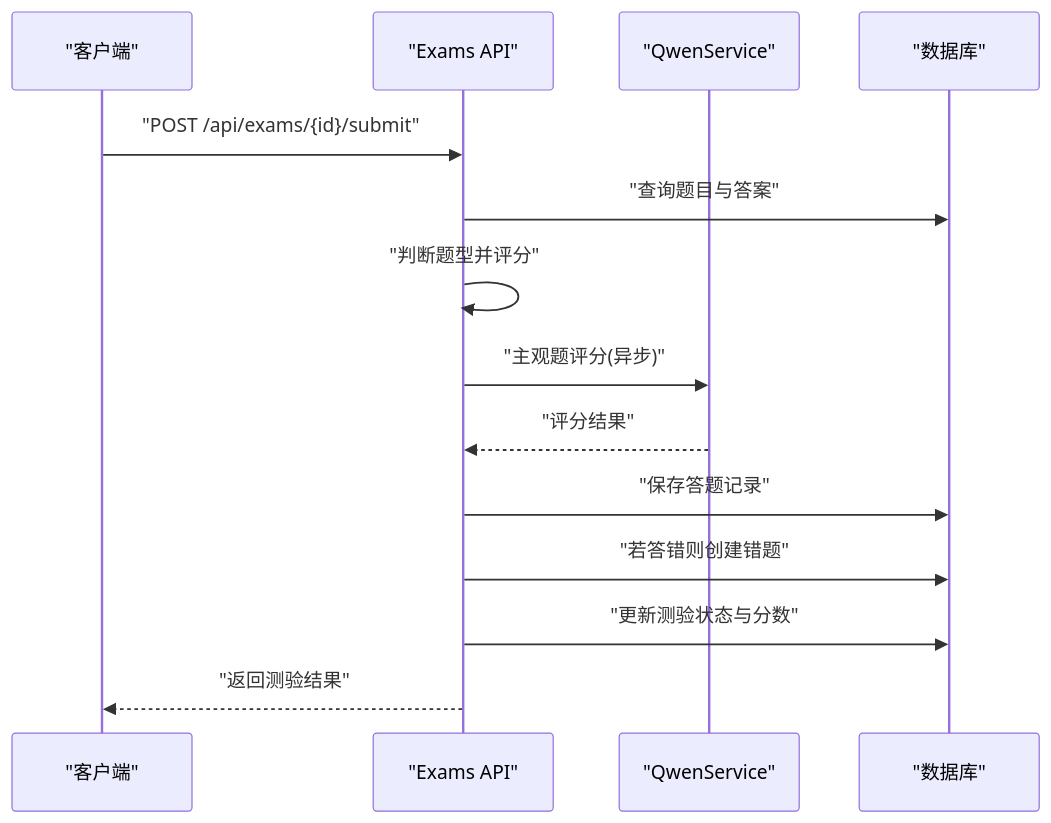
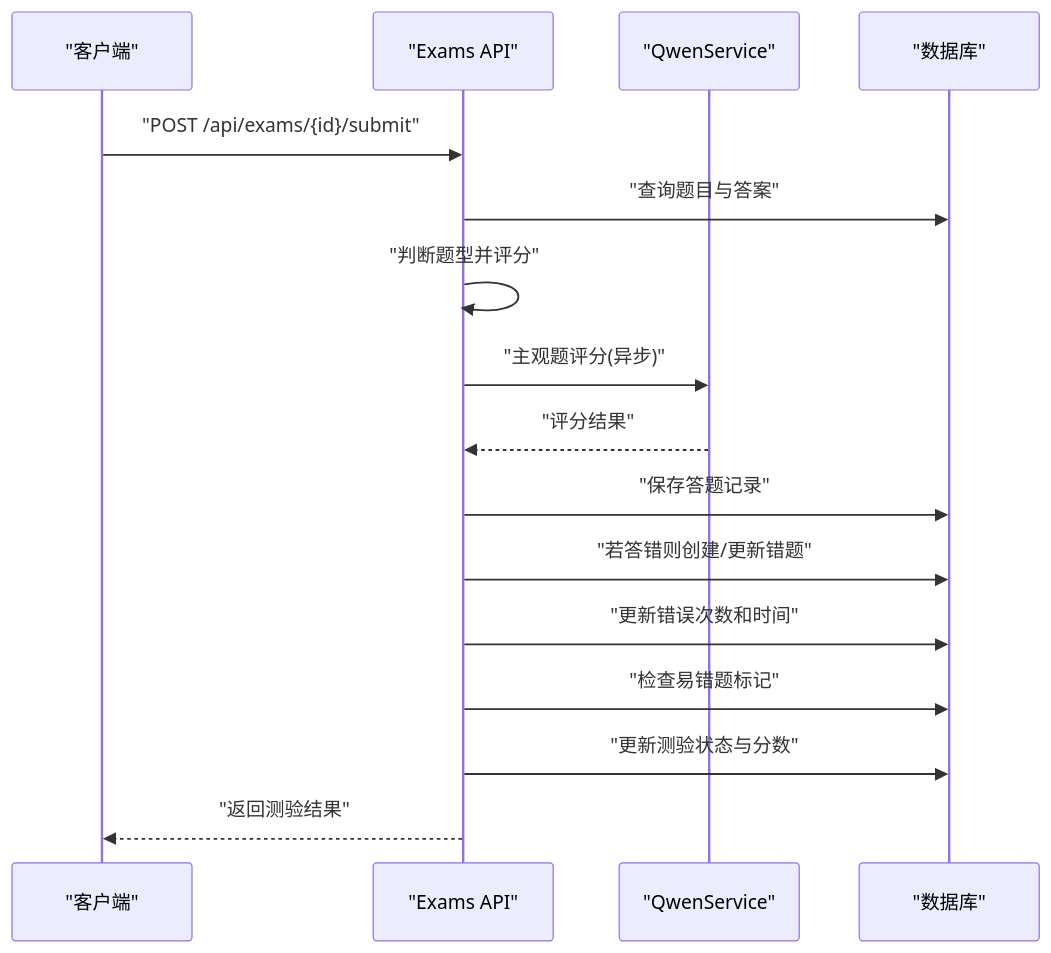
Before and after one commit to zhiwenli-jack/personal-learning-manager: the fourth of 7 diagrams in .qoder/repowiki/zh/content/核心功能模块/错题管理系统.md, drawn with Mermaid. The commit also changed other lines of this file and 12 other files, not shown here.

````diff
--- a/.qoder/repowiki/zh/content/核心功能模块/错题管理系统.md
+++ b/.qoder/repowiki/zh/content/核心功能模块/错题管理系统.md
@@ -221,16 +236,18 @@
 ```mermaid
 sequenceDiagram
 participant Client as "客户端"
 participant Exams as "Exams API"
 participant Qwen as "QwenService"
 participant DB as "数据库"
 Client->>Exams : "POST /api/exams/{id}/submit"
 Exams->>DB : "查询题目与答案"
 Exams->>Exams : "判断题型并评分"
 Exams->>Qwen : "主观题评分(异步)"
 Qwen-->>Exams : "评分结果"
 Exams->>DB : "保存答题记录"
-Exams->>DB : "若答错则创建错题"
+Exams->>DB : "若答错则创建/更新错题"
+Exams->>DB : "更新错误次数和时间"
+Exams->>DB : "检查易错题标记"
 Exams->>DB : "更新测验状态与分数"
 Exams-->>Client : "返回测验结果"
 ```
````
